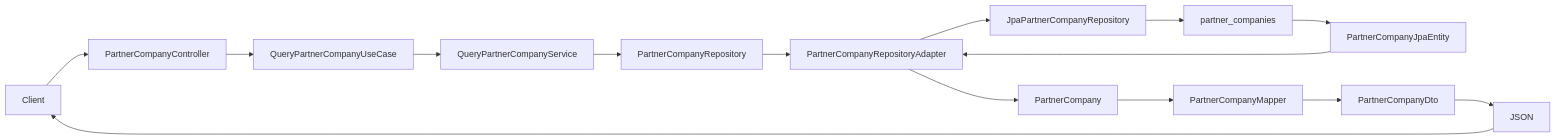
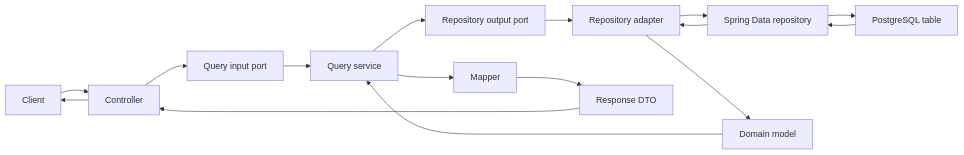
One commit to dongduy-dev/meridian-finance changed the third of 9 diagrams in docs/architecture/MER-ARCH-006-api-request-flow-and-dependencies.md. Above: the diagram before and after it, drawn with Mermaid. The commit also changed other lines of this file and 7 other files, not shown here.

````diff
--- a/docs/architecture/MER-ARCH-006-api-request-flow-and-dependencies.md
+++ b/docs/architecture/MER-ARCH-006-api-request-flow-and-dependencies.md
@@ -95,19 +125,17 @@
 ```mermaid
 flowchart LR
     Client["Client"]
-    Controller["PartnerCompanyController"]
-    InPort["QueryPartnerCompanyUseCase"]
-    Service["QueryPartnerCompanyService"]
-    OutPort["PartnerCompanyRepository"]
-    Adapter["PartnerCompanyRepositoryAdapter"]
-    Jpa["JpaPartnerCompanyRepository"]
-    Table["partner_companies"]
-    Entity["PartnerCompanyJpaEntity"]
-    Domain["PartnerCompany"]
-    Mapper["PartnerCompanyMapper"]
-    Dto["PartnerCompanyDto"]
-    Json["JSON"]
+    Controller["Controller"]
+    InPort["Query input port"]
+    Service["Query service"]
+    RepoPort["Repository output port"]
+    Adapter["Repository adapter"]
+    Jpa["Spring Data repository"]
+    Table["PostgreSQL table"]
+    Domain["Domain model"]
+    Mapper["Mapper"]
+    DTO["Response DTO"]
 
-    Client --> Controller --> InPort --> Service --> OutPort --> Adapter --> Jpa --> Table
-    Table --> Entity --> Adapter --> Domain --> Mapper --> Dto --> Json --> Client
+    Client --> Controller --> InPort --> Service --> RepoPort --> Adapter --> Jpa --> Table
+    Table --> Jpa --> Adapter --> Domain --> Service --> Mapper --> DTO --> Controller --> Client
 ```
````
